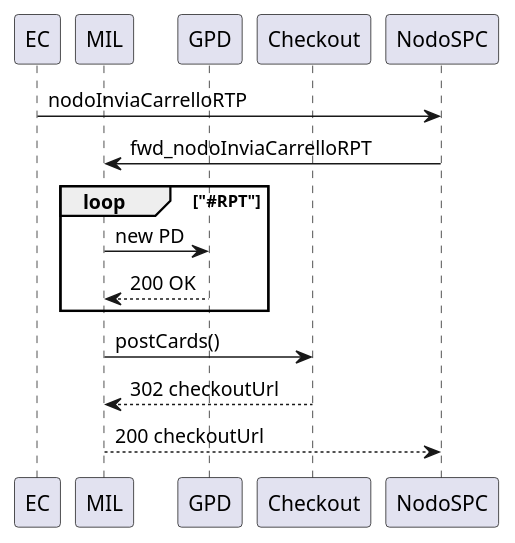
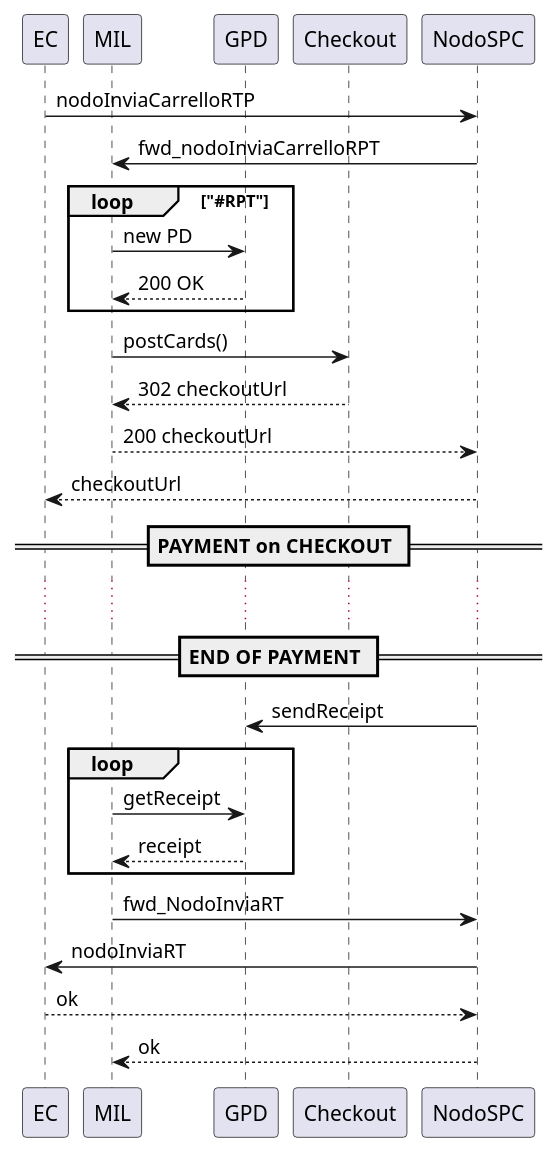
Before and after one commit to pagopa/mil-diags: the diagram in pospa/sd_checkout.puml, drawn with PlantUML. The commit also changed 1 other file, not shown here.

Commit message:
add sequence for WISP

```diff
--- a/pospa/sd_checkout.puml
+++ b/pospa/sd_checkout.puml
@@ -1,25 +1,41 @@
 @startuml 
 
 participant "EC" as ec  
 participant "MIL" as mil 
 participant "GPD" as gpd
 participant "Checkout" as checkout 
 participant "NodoSPC" as pagopa 
 
 
 ec -> pagopa : nodoInviaCarrelloRTP
 
 pagopa -> mil : fwd_nodoInviaCarrelloRPT
 
 loop "#RPT"
 mil -> gpd : new PD
 gpd --> mil : 200 OK 
 end  
 
 mil -> checkout : postCards()
 checkout --> mil : 302 checkoutUrl
 
 mil --> pagopa : 200 checkoutUrl
+pagopa --> ec : checkoutUrl 
+
+== PAYMENT on CHECKOUT ==
+... 
+==END OF PAYMENT ==
 
 
+pagopa -> gpd : sendReceipt
+loop 
+mil -> gpd : getReceipt
+gpd --> mil : receipt 
+end 
+
+mil -> pagopa : fwd_NodoInviaRT
+pagopa -> ec : nodoInviaRT
+ec --> pagopa : ok
+pagopa --> mil  : ok 
+
 @enduml 
```
